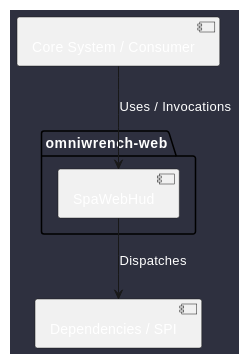
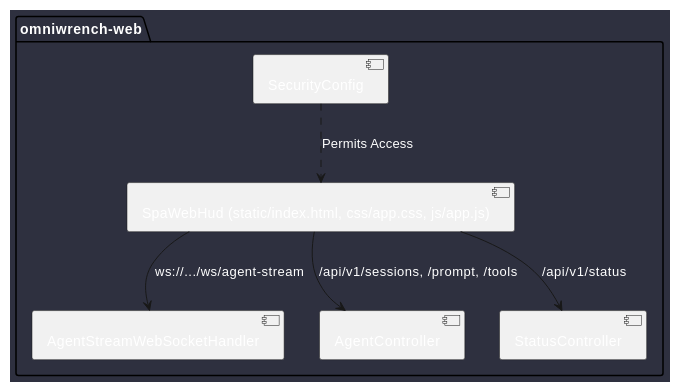
The diagram in doc/docs/architecture/components/SpaWebHud.md (mlecabellec/omniwrench), drawn with PlantUML before and after one commit. The commit also changed other lines of this file and 35 other files, not shown here.

````diff
--- a/doc/docs/architecture/components/SpaWebHud.md
+++ b/doc/docs/architecture/components/SpaWebHud.md
@@ -19,14 +19,20 @@
 ```plantuml
 @startuml
 skinparam backgroundColor #2e303f
 skinparam defaultFontColor #ffffff
 skinparam componentStyle uml2
 
 package "omniwrench-web" {
-  [SpaWebHud] as COMP
+  [SpaWebHud (static/index.html, css/app.css, js/app.js)] as HUD
+  [AgentStreamWebSocketHandler] as WS_HANDLER
+  [AgentController] as REST_CTRL
+  [StatusController] as STATUS_CTRL
+  [SecurityConfig] as SEC
 }
 
-[Core System / Consumer] --> COMP : Uses / Invocations
-COMP --> [Dependencies / SPI] : Dispatches
+HUD --> WS_HANDLER : ws://.../ws/agent-stream
+HUD --> REST_CTRL : /api/v1/sessions, /prompt, /tools
+HUD --> STATUS_CTRL : /api/v1/status
+SEC ..> HUD : Permits Access
 @enduml
 ```
````
